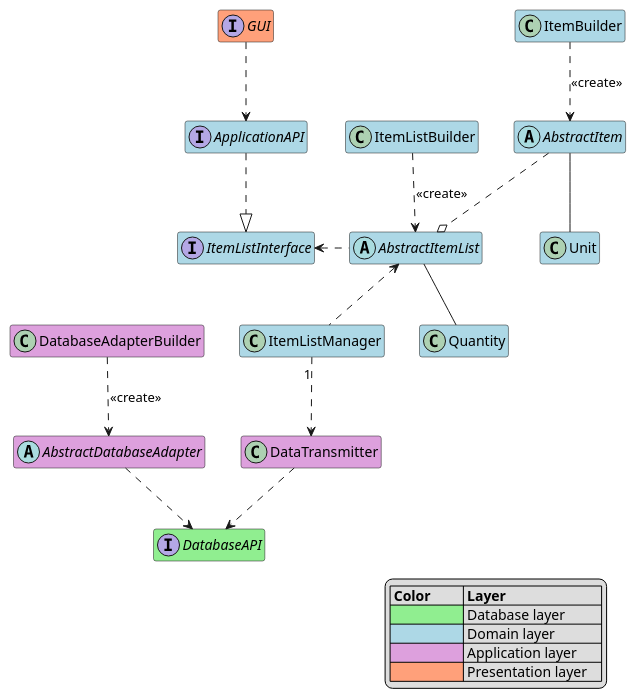
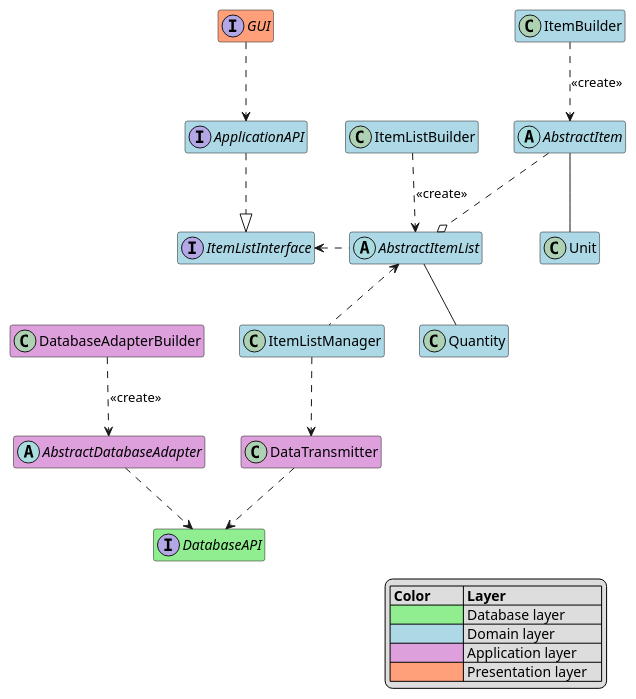
The diagram in Architecture/BlackboxViewApplication.puml (Uhgtred/Recipe_Shopping_List), drawn with PlantUML before and after one commit.

```diff
--- a/Architecture/BlackboxViewApplication.puml
+++ b/Architecture/BlackboxViewApplication.puml
@@ -1,54 +1,54 @@
 @startuml
 hide empty members
 
 
 interface DatabaseAPI #lightgreen
 
 
 interface GUI #lightsalmon
 GUI ..> ApplicationAPI
 
 
 interface ItemListInterface #lightblue
 
 class ItemListBuilder #lightblue
 ItemListBuilder ..> AbstractItemList: <<create>>
 
 class ItemBuilder #lightblue
 ItemBuilder ..> AbstractItem: <<create>>
 
 abstract class AbstractItem #lightblue
 AbstractItem ..o AbstractItemList
 AbstractItem -- Unit
 
 abstract class AbstractDatabaseAdapter #plum
 AbstractDatabaseAdapter ..> DatabaseAPI
 
 class DatabaseAdapterBuilder #plum
 DatabaseAdapterBuilder ..> AbstractDatabaseAdapter: <<create>>
 
 class ItemListManager #lightblue
-ItemListManager "1" .d.> DataTransmitter
+ItemListManager .d.> DataTransmitter
 ItemListManager .u.> AbstractItemList
 
 class DataTransmitter #plum
 DataTransmitter ..> DatabaseAPI
 
 interface ApplicationAPI #lightblue
 ApplicationAPI ..|> ItemListInterface
 
 abstract class AbstractItemList #lightblue
 AbstractItemList .l.> ItemListInterface
 AbstractItemList -- Quantity
 
 class Quantity #lightblue
 
 class Unit #lightblue
 legend bottom right
 | **Color**         | **Layer**             |
 | <#lightgreen>     | Database layer        |
 | <#lightblue>      | Domain layer          |
 | <#plum>      | Application layer     |
 | <#lightsalmon>    | Presentation layer    |
 end legend
 @enduml
```
